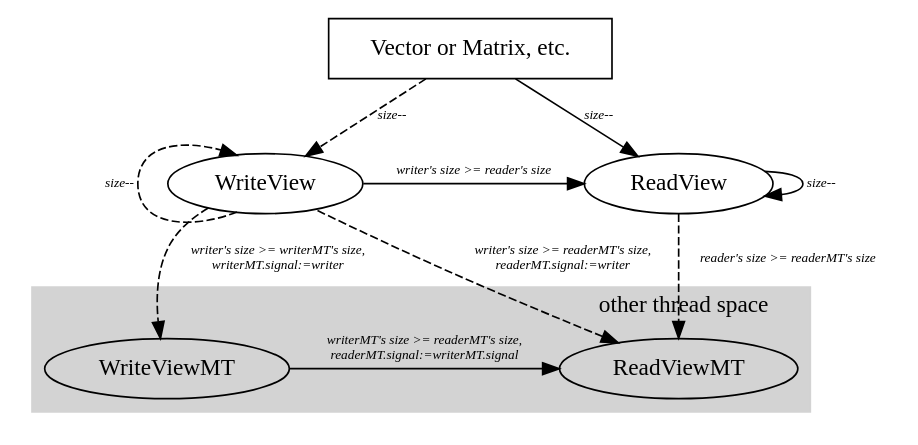
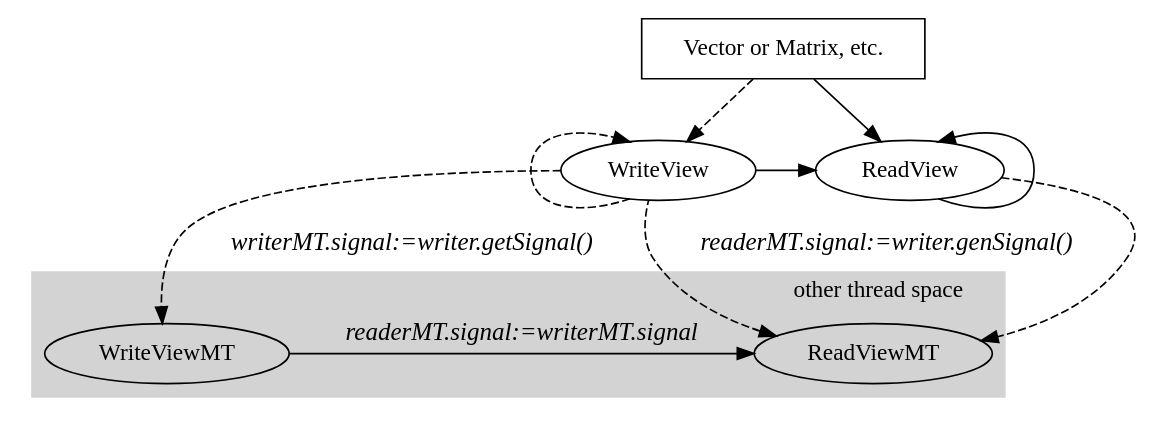
One commit to navyxliu/libvina changed the diagram in docs/relationship_views.dot. Above: the diagram before and after it, drawn with Graphviz. The commit also changed 11 other files, not shown here.

```diff
--- a/docs/relationship_views.dot
+++ b/docs/relationship_views.dot
@@ -1,43 +1,55 @@
 digraph G_VIEWS {
 
-	edge [fontsize=8, fontname="Times-Italic"]
+	edge [fontsize=15, fontname="Times-Italic"]
 	//label="Relationship of entities and views"
 
         Entity[label="Vector or Matrix, etc.",
 	       shape=box];
 	
 	{
 		node [shape=ellipse]
 		rank=same
 		ReadView;
 		WriteView;
 	}
-	Entity -> ReadView[label="size--"];
-	Entity -> WriteView [label="size--", style=dashed];
+	//Entity -> ReadView[label="size--"];
+	Entity -> ReadView;
+	//Entity -> WriteView [label="size--", style=dashed];
+	Entity -> WriteView [style=dashed];
 
-	ReadView -> ReadView[label="size--"];
-	WriteView : sw-> WriteView : nw [label="size--", style=dashed];
-	WriteView -> ReadView[label="writer's size >= reader's size"]
+	//ReadView -> ReadView[label="size--"];
+        ReadView : se -> ReadView : ne
+
+	//WriteView : sw-> WriteView : nw [label="size--", style=dashed];
+	WriteView : sw-> WriteView : nw [style=dashed];
+
+
+	//WriteView -> ReadView[label="writer's size >= reader's size"]
+	WriteView -> ReadView
 
 	subgraph cluster0 {
 		label="other thread space"
 		labeljust="r"
 		style=filled
 		color=lightgray
 		{
 			rank=same
 			ReadViewMT;
 			WriteViewMT;
 		}
 		
-		WriteView -> WriteViewMT[label="writer's size >= writerMT's size,\nwriterMT.signal:=writer", labelfloat=false, style=dashed]
-                ReadView  -> ReadViewMT[label="reader's size >= readerMT's size", labelfloat=false, style=dashed]
+		//WriteView -> WriteViewMT[label="writer's size >= writerMT's size,\nwriterMT.signal:=writer", labelfloat=false, style=dashed]
+		WriteView -> WriteViewMT[label="writerMT.signal:=writer.getSignal()", labelfloat=false, style=dashed]
 		
-
-		ReadViewMT->WriteView[label="writer's size >= readerMT's size,\nreaderMT.signal:=writer", labelfloat=false, dir=back, style=dashed]
+                //ReadView  -> ReadViewMT[label="reader's size >= readerMT's size", labelfloat=false, style=dashed]
+                ReadView  -> ReadViewMT[labelfloat=false, style=dashed]
 
 
-		WriteViewMT -> ReadViewMT[label="writerMT's size >= readerMT's size,\nreaderMT.signal:=writerMT.signal", constraint=false]
+		//ReadViewMT->WriteView[label="writer's size >= readerMT's size,\nreaderMT.signal:=writer", labelfloat=false, dir=back, style=dashed]
+		ReadViewMT->WriteView[label="readerMT.signal:=writer.genSignal()", labelfloat=false, dir=back, style=dashed]
 
+
+		//WriteViewMT -> ReadViewMT[label="writerMT's size >= readerMT's size,\nreaderMT.signal:=writerMT.signal", constraint=false]
+		WriteViewMT -> ReadViewMT[label="readerMT.signal:=writerMT.signal", constraint=false]
 	}
 }
```
